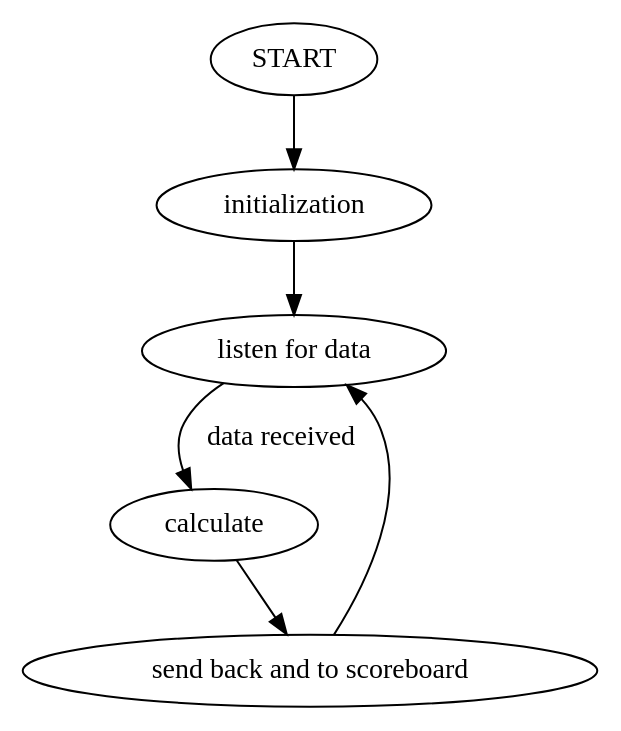
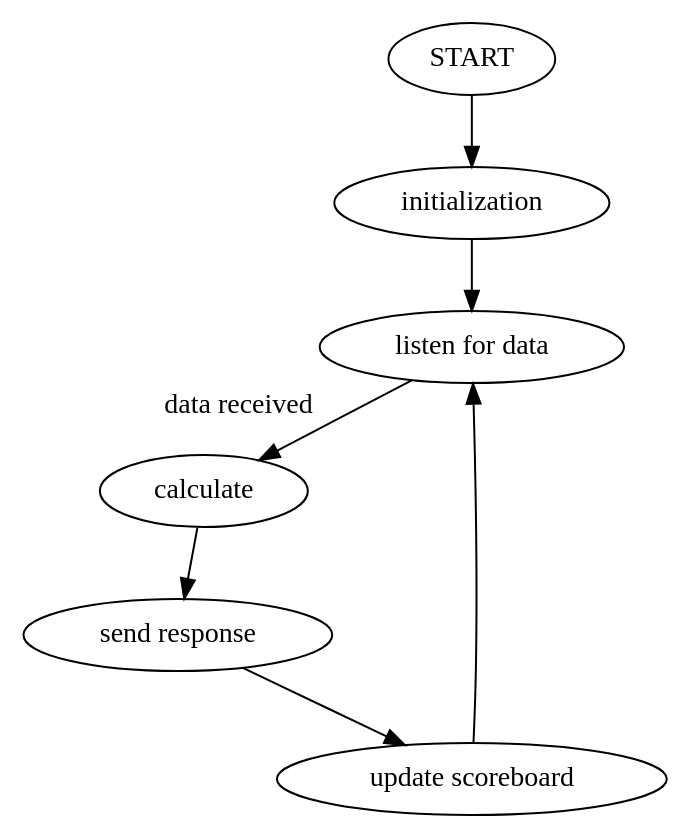
The diagram in diagrams/server/calc.dot (cephlot/dart), drawn with Graphviz before and after one commit. The commit also changed 1 other file, not shown here.

Commit message:
[update] Updates diagram and removes image

```diff
--- a/diagrams/server/calc.dot
+++ b/diagrams/server/calc.dot
@@ -1,7 +1,18 @@
 digraph {
-  START -> initialization
-  initialization -> "listen for data"
-  "listen for data" -> calculate [label="data received"]
-  calculate -> "send back and to scoreboard"
-  "send back and to scoreboard" -> "listen for data"
+  rankdir="TB"
+  nodesep=2;
+
+  a [label="START"]
+  b [label="initialization"]
+  c [label="listen for data"]
+  d [label="calculate"]
+  e [label="send response"]
+  f [label="update scoreboard"]
+
+  a -> b
+  b -> c
+  c -> d [xlabel="data received"]
+  d -> e
+  e -> f
+  f -> c
 }
```
